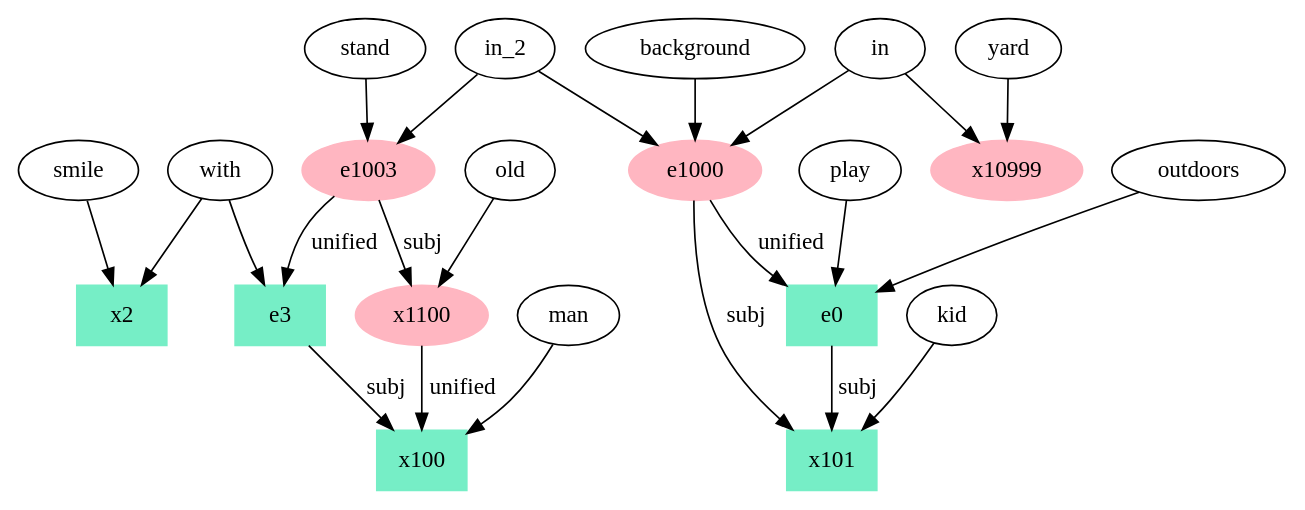
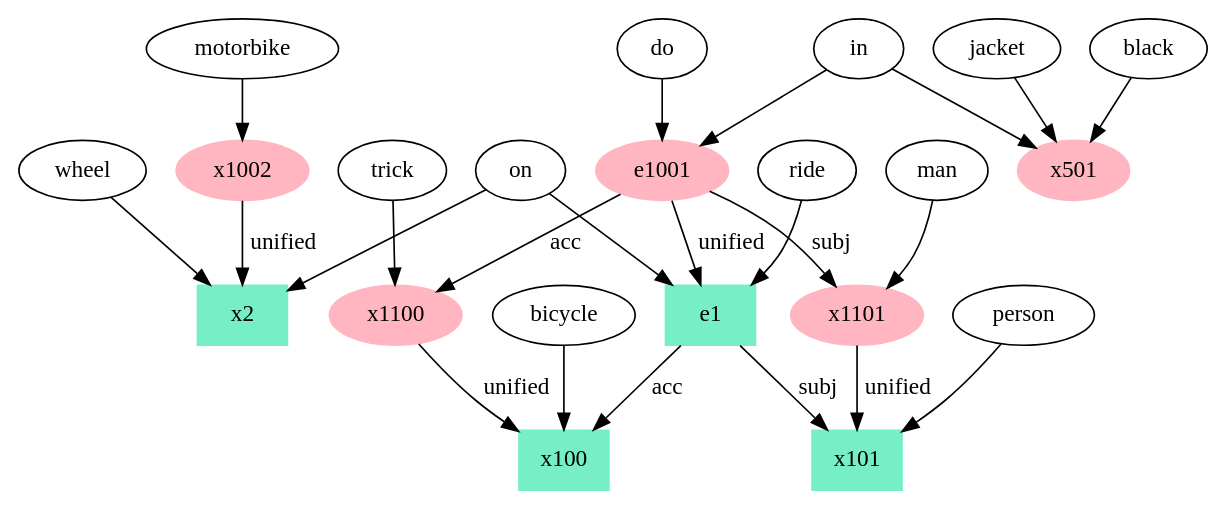
The diagram in graph.gv (yummydum/ccg2lambda), drawn with Graphviz before and after one commit. The commit also changed 2 other files, not shown here.

```diff
--- a/graph.gv
+++ b/graph.gv
@@ -1,45 +1,45 @@
 digraph G {
 	x2 [color=aquamarine2 shape=box style=filled]
 	x100 [color=aquamarine2 shape=box style=filled]
 	x101 [color=aquamarine2 shape=box style=filled]
+	x501 [color=lightpink style=filled]
 	x1100 [color=lightpink style=filled]
 	x1100 -> x100 [label=unified]
-	x10999 [color=lightpink style=filled]
-	e0 [color=aquamarine2 shape=box style=filled]
-	e0 -> x101 [label=subj]
-	e3 [color=aquamarine2 shape=box style=filled]
-	e3 -> x100 [label=subj]
-	e1003 [color=lightpink style=filled]
-	e1003 -> e3 [label=unified]
-	e1003 -> x1100 [label=subj]
-	e1000 [color=lightpink style=filled]
-	e1000 -> e0 [label=unified]
-	e1000 -> x101 [label=subj]
-	smile
-	smile -> x2
-	play
-	play -> e0
-	outdoors
-	outdoors -> e0
+	x1002 [color=lightpink style=filled]
+	x1002 -> x2 [label=unified]
+	x1101 [color=lightpink style=filled]
+	x1101 -> x101 [label=unified]
+	e1 [color=aquamarine2 shape=box style=filled]
+	e1 -> x101 [label=subj]
+	e1 -> x100 [label=acc]
+	e1001 [color=lightpink style=filled]
+	e1001 -> e1 [label=unified]
+	e1001 -> x1101 [label=subj]
+	e1001 -> x1100 [label=acc]
+	wheel
+	wheel -> x2
+	ride
+	ride -> e1
+	bicycle
+	bicycle -> x100
+	person
+	person -> x101
+	on
+	on -> e1
+	on -> x2
+	jacket
+	jacket -> x501
+	black
+	black -> x501
+	trick
+	trick -> x1100
+	do
+	do -> e1001
+	motorbike
+	motorbike -> x1002
 	man
-	man -> x100
-	kid
-	kid -> x101
-	with
-	with -> e3
-	with -> x2
-	old
-	old -> x1100
-	stand
-	stand -> e1003
-	background
-	background -> e1000
-	yard
-	yard -> x10999
+	man -> x1101
 	in
-	in -> e1000
-	in -> x10999
-	in_2
-	in_2 -> e1003
-	in_2 -> e1000
+	in -> e1001
+	in -> x501
 }
```
